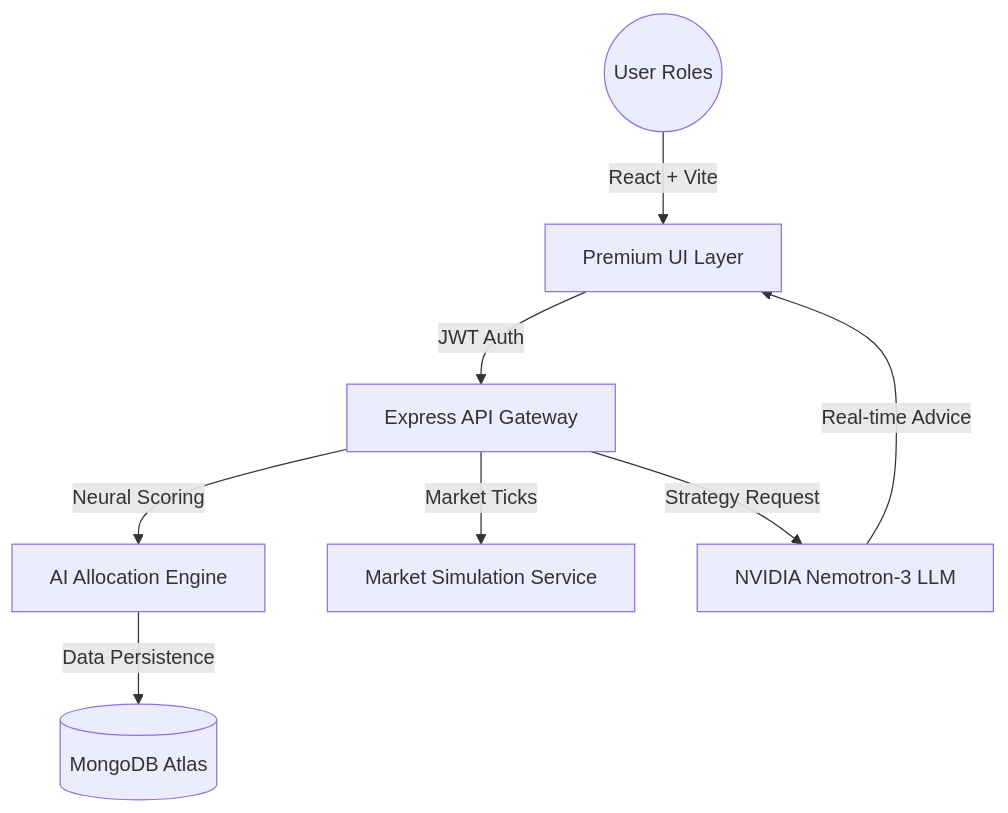
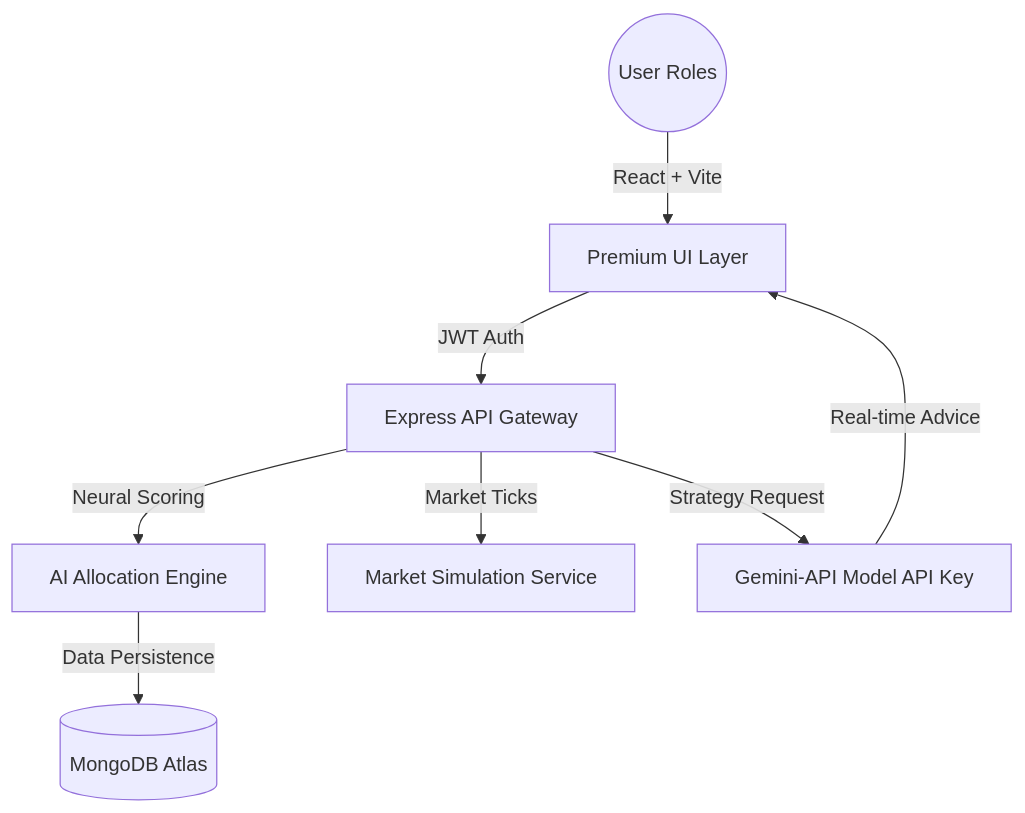
Before and after one commit to dosapatidurgaprasad96-tech/AI_TRADING: the diagram in README.md, drawn with Mermaid.

Commit message:
Update Strategy Request API reference in README

````diff
--- a/README.md
+++ b/README.md
@@ -9,10 +9,10 @@
 ```mermaid
 graph TD
     User((User Roles)) --> |React + Vite| UI[Premium UI Layer]
     UI --> |JWT Auth| API[Express API Gateway]
     API --> |Neural Scoring| AE[AI Allocation Engine]
     API --> |Market Ticks| MS[Market Simulation Service]
     AE --> |Data Persistence| DB[(MongoDB Atlas)]
-    API --> |Strategy Request| NV[NVIDIA Nemotron-3 LLM]
+    API --> |Strategy Request| NV[Gemini-API Model API Key]
     NV --> |Real-time Advice| UI
 ```
````
